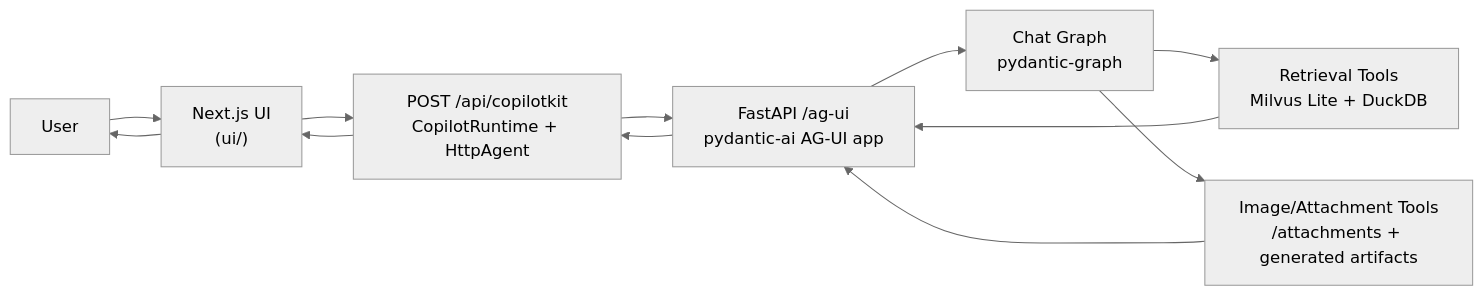
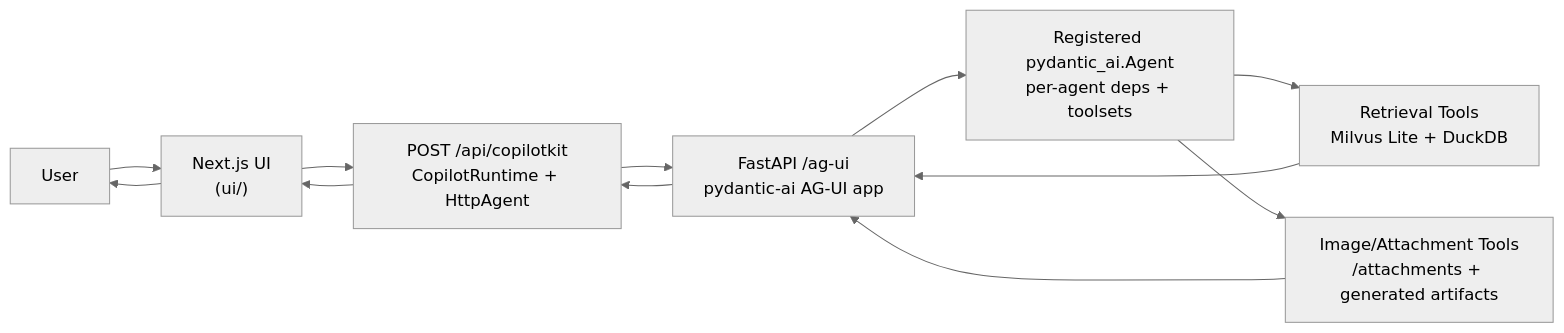
One commit to talolard/SICKR changed the diagram in README.md. Above: the diagram before and after it, drawn with Mermaid (neutral theme). The commit also changed other lines of this file and 3 other files, not shown here.

First line of the commit message:
Align runtime docs with current agent architecture

````diff
--- a/README.md
+++ b/README.md
@@ -61,14 +61,14 @@
 ```mermaid
 flowchart LR
     U[User] --> UI["Next.js UI<br/>(ui/)"]
     UI --> CK["POST /api/copilotkit<br/>CopilotRuntime + HttpAgent"]
     CK --> AG["FastAPI /ag-ui<br/>pydantic-ai AG-UI app"]
-    AG --> G["Chat Graph<br/>pydantic-graph"]
-    G --> T1["Retrieval Tools<br/>Milvus Lite + DuckDB"]
-    G --> T2["Image/Attachment Tools<br/>/attachments + generated artifacts"]
+    AG --> A["Registered pydantic_ai.Agent<br/>per-agent deps + toolsets"]
+    A --> T1["Retrieval Tools<br/>Milvus Lite + DuckDB"]
+    A --> T2["Image/Attachment Tools<br/>/attachments + generated artifacts"]
     T1 --> AG
     T2 --> AG
     AG --> CK
     CK --> UI
     UI --> U
 ```
````
